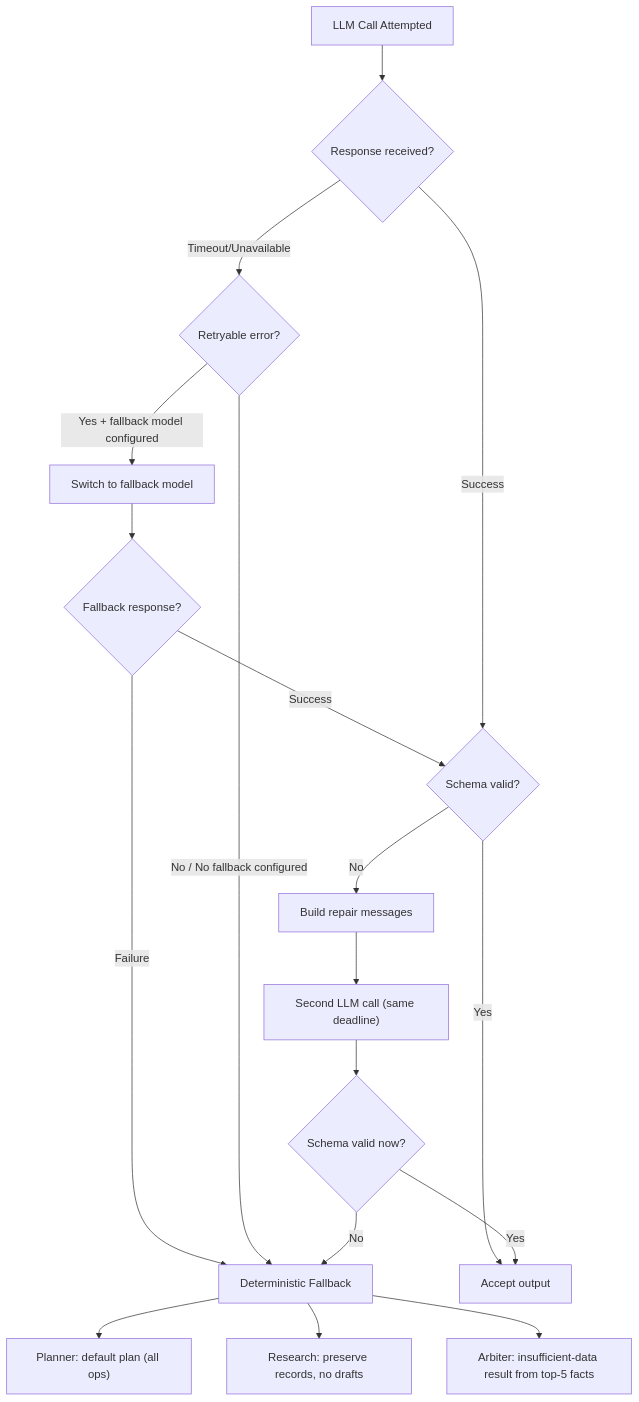
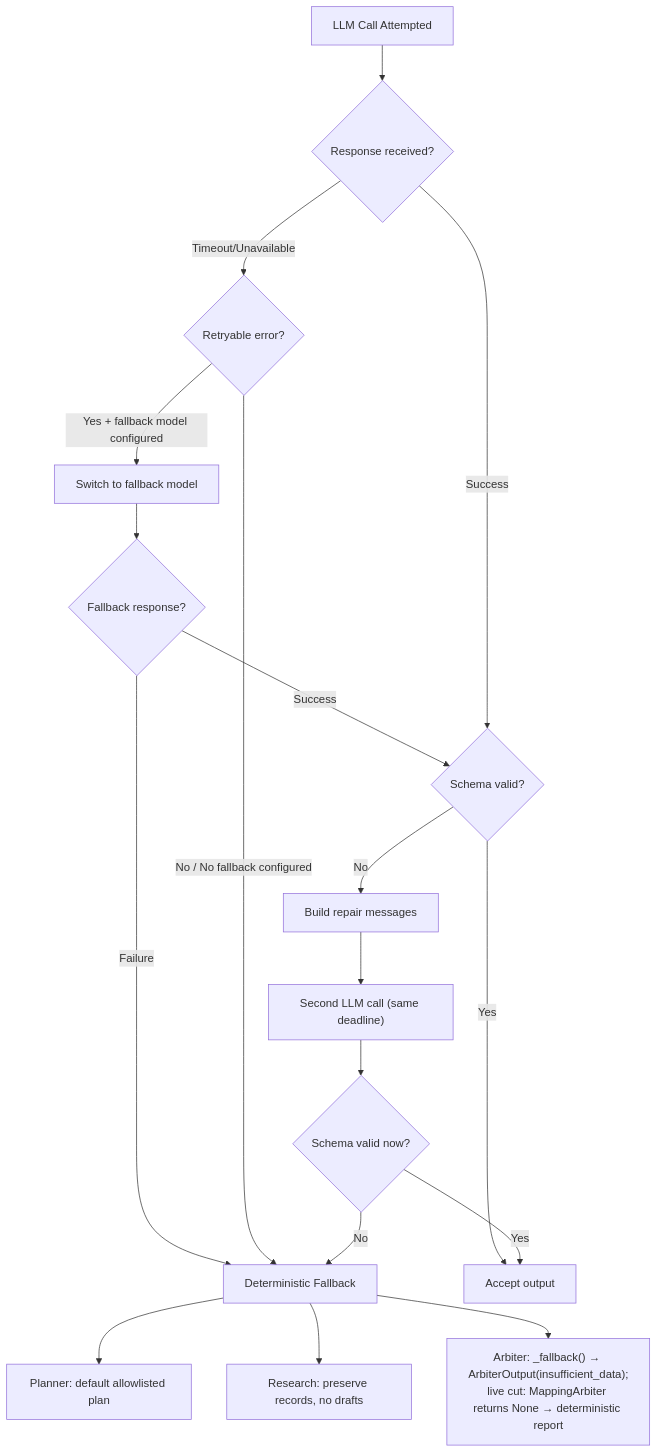
The second of 17 diagrams in .agents/summary/workflows.md (kevinzeroCode/hoya-bit-hackathon-agent), drawn with Mermaid before and after one commit. The commit also changed other lines of this file and 15 other files, not shown here.

````diff
--- a/.agents/summary/workflows.md
+++ b/.agents/summary/workflows.md
@@ -76,24 +82,24 @@
 ```mermaid
 flowchart TD
     Start["LLM Call Attempted"]
     Start --> Response{"Response received?"}
     
     Response -->|Timeout/Unavailable| Retryable{"Retryable error?"}
     Retryable -->|Yes + fallback model configured| Switch["Switch to fallback model"]
     Switch --> Response2{"Fallback response?"}
     Response2 -->|Success| Validate
     Response2 -->|Failure| DeterministicFallback["Deterministic Fallback"]
     Retryable -->|No / No fallback configured| DeterministicFallback
     
     Response -->|Success| Validate{"Schema valid?"}
     Validate -->|Yes| Accept["Accept output"]
     Validate -->|No| Repair["Build repair messages"]
     Repair --> RepairCall["Second LLM call (same deadline)"]
     RepairCall --> Validate2{"Schema valid now?"}
     Validate2 -->|Yes| Accept
     Validate2 -->|No| DeterministicFallback
     
-    DeterministicFallback --> PlanFB["Planner: default plan (all ops)"]
+    DeterministicFallback --> PlanFB["Planner: default allowlisted plan"]
     DeterministicFallback --> ResFB["Research: preserve records, no drafts"]
-    DeterministicFallback --> ArbFB["Arbiter: insufficient-data result from top-5 facts"]
+    DeterministicFallback --> ArbFB["Arbiter: _fallback() → ArbiterOutput(insufficient_data);<br/>live cut: MappingArbiter returns None → deterministic report"]
 ```
````
